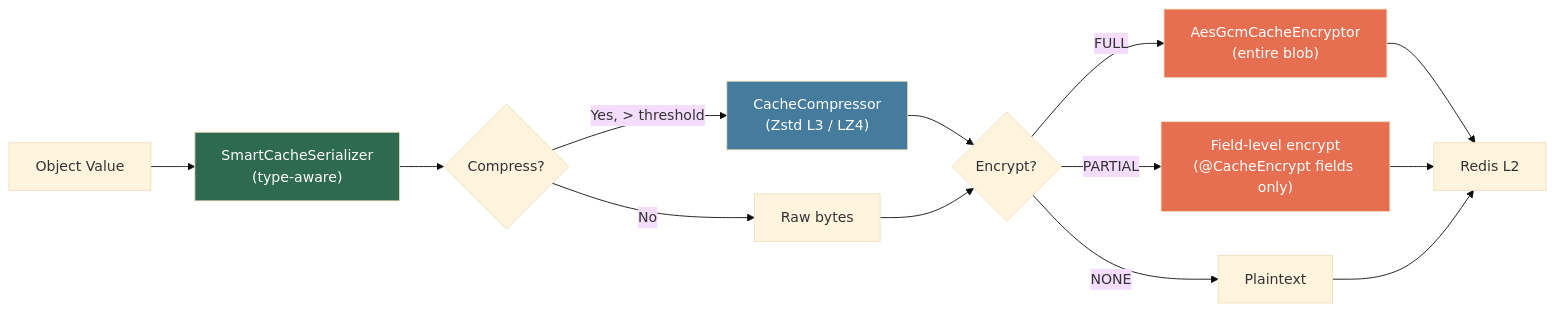
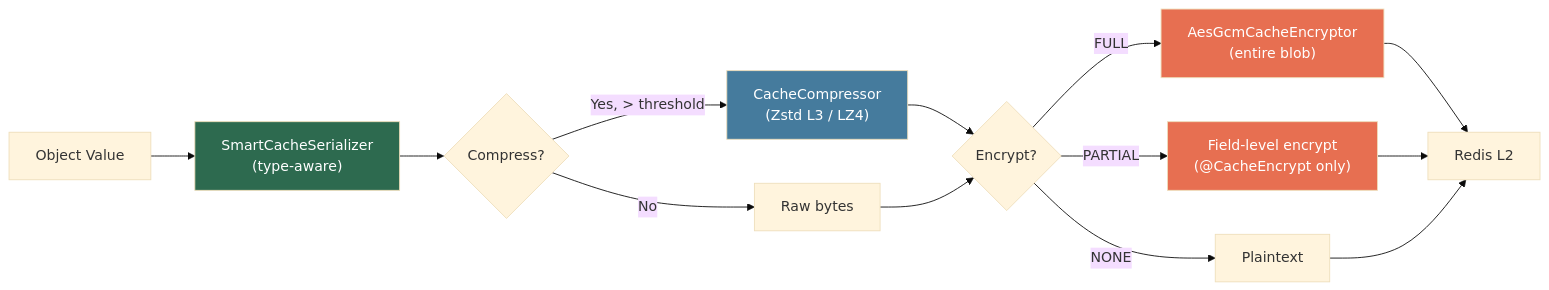
Before and after one commit to nguyentthai96/auth-service: the second of 6 diagrams in openspec/research/cache-starter-migration-upgrade/technical_spec.md, drawn with Mermaid (base theme). The commit also changed other lines of this file and 76 other files, not shown here.

````diff
--- a/openspec/research/cache-starter-migration-upgrade/technical_spec.md
+++ b/openspec/research/cache-starter-migration-upgrade/technical_spec.md
@@ -5,20 +89,20 @@
 ```mermaid
 graph LR
     A["Object Value"] --> B["SmartCacheSerializer<br/>(type-aware)"]
     B --> C{"Compress?"}
-    C -->|Yes, > threshold| D["CacheCompressor<br/>(Zstd L3 / LZ4)"]
-    C -->|No| E["Raw bytes"]
+    C -->|"Yes, > threshold"| D["CacheCompressor<br/>(Zstd L3 / LZ4)"]
+    C -->|"No"| E["Raw bytes"]
     D --> F{"Encrypt?"}
     E --> F
-    F -->|FULL| G["AesGcmCacheEncryptor<br/>(entire blob)"]
-    F -->|PARTIAL| H["Field-level encrypt<br/>(@CacheEncrypt fields only)"]
-    F -->|NONE| I["Plaintext"]
+    F -->|"FULL"| G["AesGcmCacheEncryptor<br/>(entire blob)"]
+    F -->|"PARTIAL"| H["Field-level encrypt<br/>(@CacheEncrypt only)"]
+    F -->|"NONE"| I["Plaintext"]
     G --> J["Redis L2"]
     H --> J
     I --> J
 
     style D fill:#457b9d,color:white
     style G fill:#e76f51,color:white
     style H fill:#e76f51,color:white
     style B fill:#2d6a4f,color:white
 ```
````
